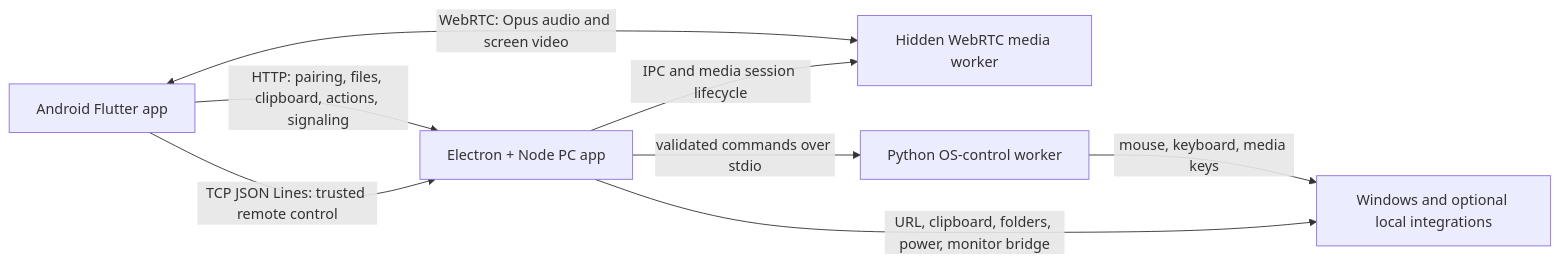
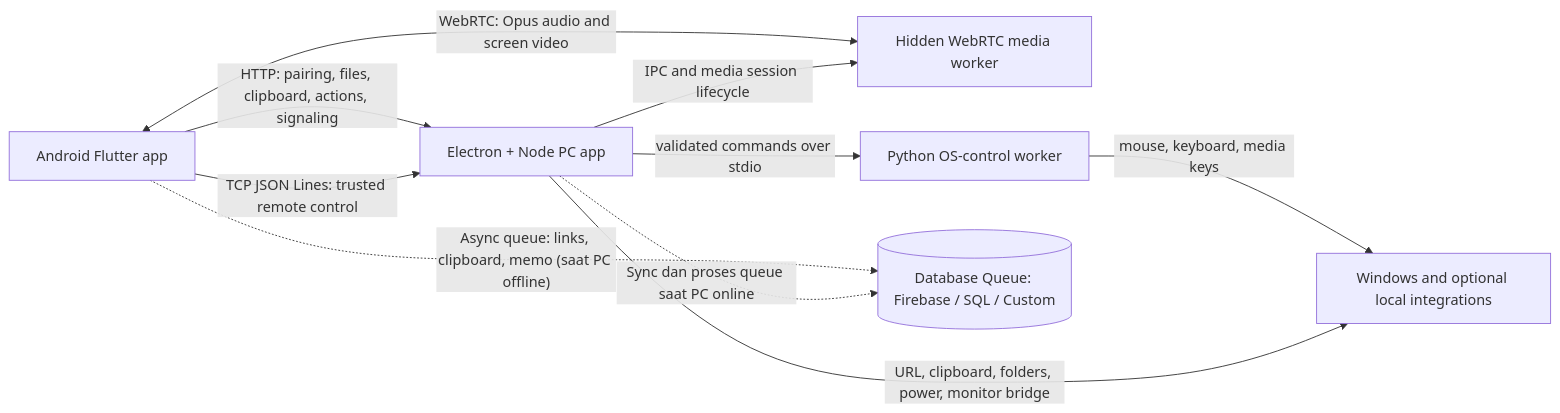
The diagram in README.md (YRJ-10/Smart_Mobile_PC_Connecting), drawn with Mermaid before and after one commit. The commit also changed other lines of this file, not shown here.

````diff
--- a/README.md
+++ b/README.md
@@ -80,16 +84,18 @@
 ```mermaid
 flowchart LR
     A["Android Flutter app"]
     B["Electron + Node PC app"]
     C["Hidden WebRTC media worker"]
     D["Python OS-control worker"]
     E["Windows and optional local integrations"]
 
     A -->|"HTTP: pairing, files, clipboard, actions, signaling"| B
     A -->|"TCP JSON Lines: trusted remote control"| B
     A <-->|"WebRTC: Opus audio and screen video"| C
     B -->|"IPC and media session lifecycle"| C
     B -->|"validated commands over stdio"| D
     D -->|"mouse, keyboard, media keys"| E
     B -->|"URL, clipboard, folders, power, monitor bridge"| E
+    A -.->|"Async queue: links, clipboard, memo (saat PC offline)"| F[("Database Queue: Firebase / SQL / Custom")]
+    B -.->|"Sync dan proses queue saat PC online"| F
 ```
````
